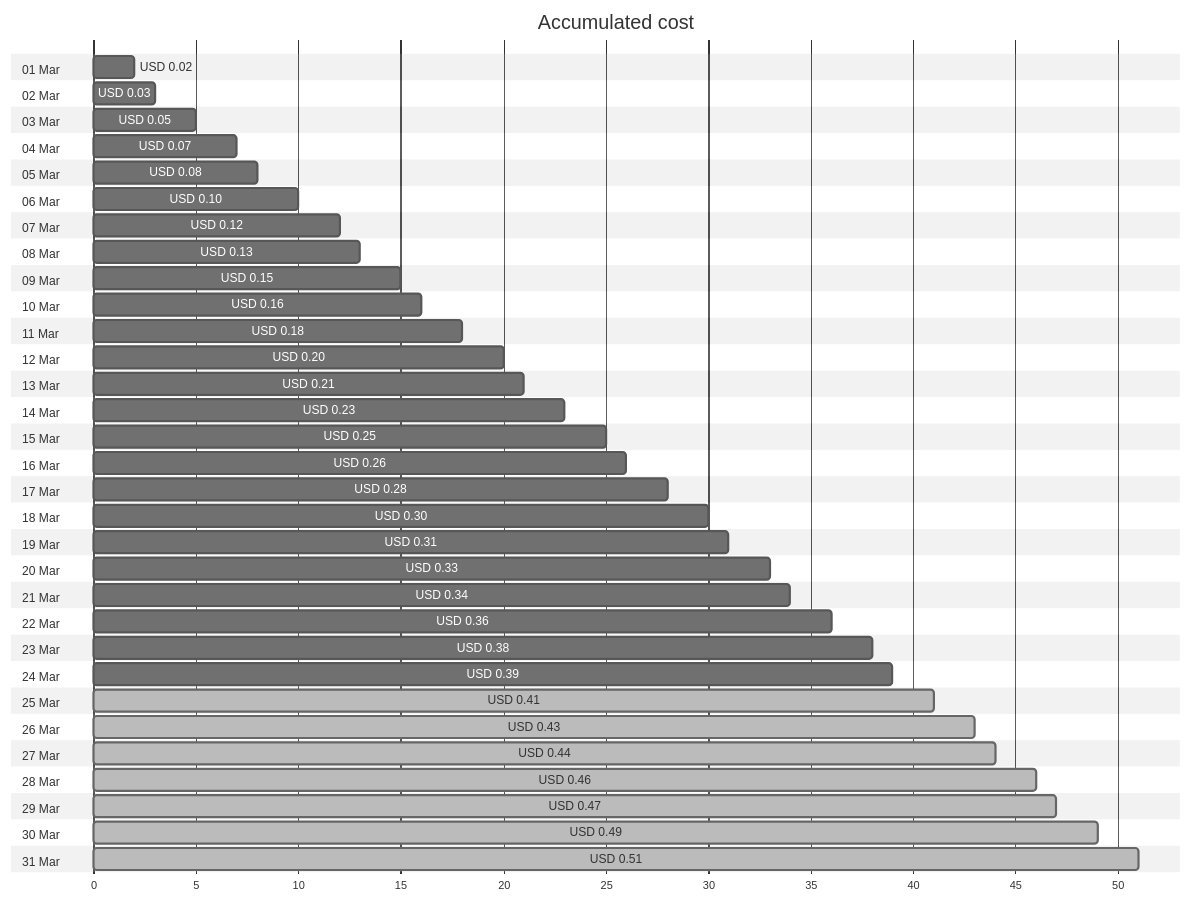
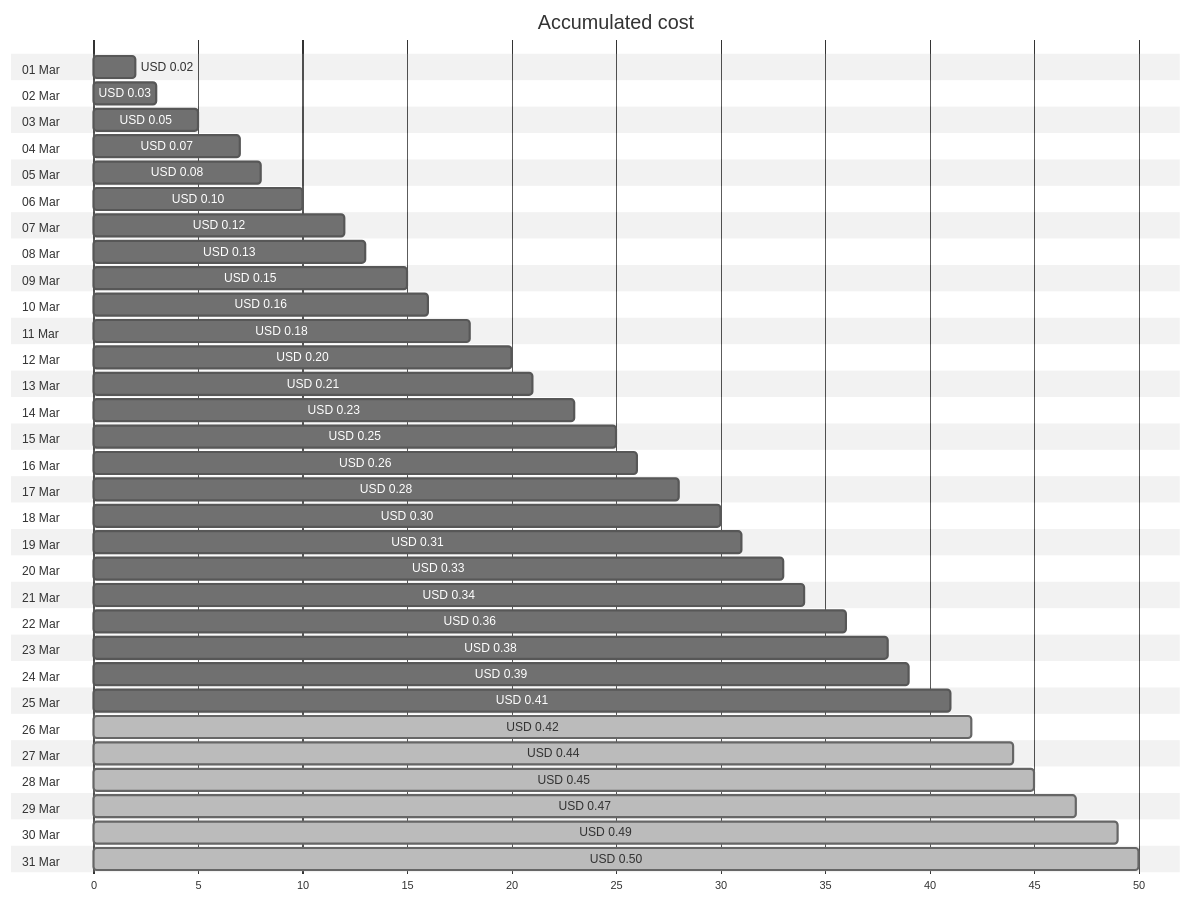
The first of 4 diagrams in cost-reports/personal-dns/jpatrickfulton.com.md (jpfulton/azure-personal-reports), drawn with Mermaid (neutral theme) before and after one commit. The commit also changed other lines of this file and 2 other files, not shown here.

````diff
--- a/cost-reports/personal-dns/jpatrickfulton.com.md
+++ b/cost-reports/personal-dns/jpatrickfulton.com.md
@@ -20,68 +20,68 @@
 ```mermaid
 gantt
    title Accumulated cost
    dateFormat  X
    axisFormat %s
    section 01 Mar
    USD 0.02 :0, 2
    section 02 Mar
    USD 0.03 :0, 3
    section 03 Mar
    USD 0.05 :0, 5
    section 04 Mar
    USD 0.07 :0, 7
    section 05 Mar
    USD 0.08 :0, 8
    section 06 Mar
    USD 0.10 :0, 10
    section 07 Mar
    USD 0.12 :0, 12
    section 08 Mar
    USD 0.13 :0, 13
    section 09 Mar
    USD 0.15 :0, 15
    section 10 Mar
    USD 0.16 :0, 16
    section 11 Mar
    USD 0.18 :0, 18
    section 12 Mar
    USD 0.20 :0, 20
    section 13 Mar
    USD 0.21 :0, 21
    section 14 Mar
    USD 0.23 :0, 23
    section 15 Mar
    USD 0.25 :0, 25
    section 16 Mar
    USD 0.26 :0, 26
    section 17 Mar
    USD 0.28 :0, 28
    section 18 Mar
    USD 0.30 :0, 30
    section 19 Mar
    USD 0.31 :0, 31
    section 20 Mar
    USD 0.33 :0, 33
    section 21 Mar
    USD 0.34 :0, 34
    section 22 Mar
    USD 0.36 :0, 36
    section 23 Mar
    USD 0.38 :0, 38
    section 24 Mar
    USD 0.39 :0, 39
    section 25 Mar
-   USD 0.41 : done, 0, 41
+   USD 0.41 :0, 41
    section 26 Mar
-   USD 0.43 : done, 0, 43
+   USD 0.42 : done, 0, 42
    section 27 Mar
    USD 0.44 : done, 0, 44
    section 28 Mar
-   USD 0.46 : done, 0, 46
+   USD 0.45 : done, 0, 45
    section 29 Mar
    USD 0.47 : done, 0, 47
    section 30 Mar
    USD 0.49 : done, 0, 49
    section 31 Mar
-   USD 0.51 : done, 0, 51
+   USD 0.50 : done, 0, 50
 ```
````
